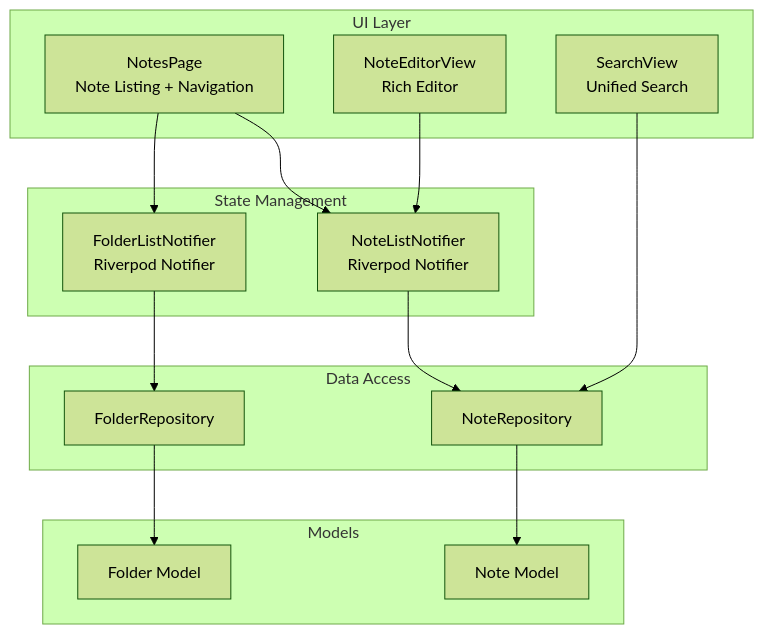
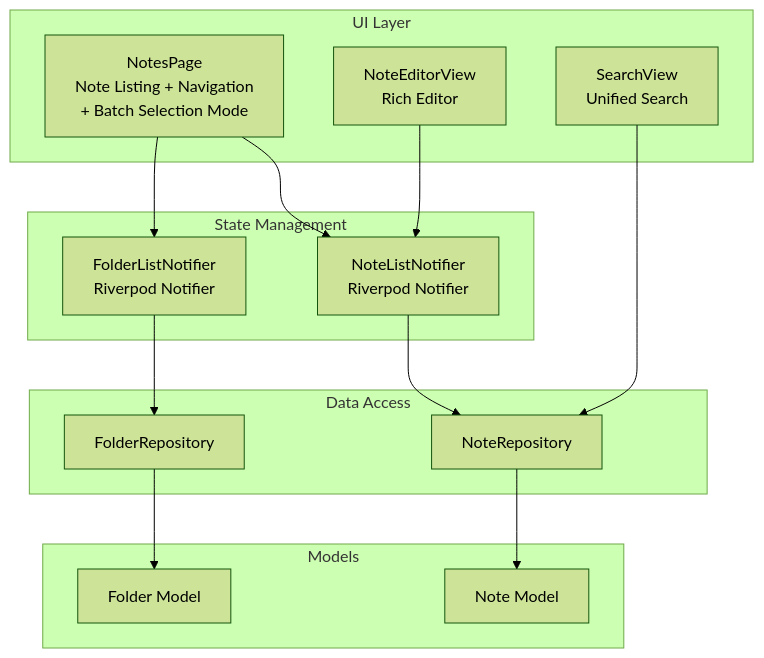
Before and after one commit to favoroo/QNote: the first of 11 diagrams in .qoder/repowiki/en/content/Core Features/Note Taking.md, drawn with Mermaid (forest theme). The commit also changed other lines of this file and 68 other files, not shown here.

````diff
--- a/.qoder/repowiki/en/content/Core Features/Note Taking.md
+++ b/.qoder/repowiki/en/content/Core Features/Note Taking.md
@@ -38,28 +48,28 @@
 ```mermaid
 graph TB
 subgraph "UI Layer"
-NP["NotesPage<br/>Note Listing + Navigation"]
+NP["NotesPage<br/>Note Listing + Navigation<br/>+ Batch Selection Mode"]
 NEV["NoteEditorView<br/>Rich Editor"]
 SV["SearchView<br/>Unified Search"]
 end
 subgraph "State Management"
 NPN["NoteListNotifier<br/>Riverpod Notifier"]
 FN["FolderListNotifier<br/>Riverpod Notifier"]
 end
 subgraph "Data Access"
 NR["NoteRepository"]
 FR["FolderRepository"]
 end
 subgraph "Models"
 NM["Note Model"]
 FM["Folder Model"]
 end
 NP --> NPN
 NP --> FN
 NEV --> NPN
 SV --> NR
 NPN --> NR
 FN --> FR
 NR --> NM
 FR --> FM
 ```
````
